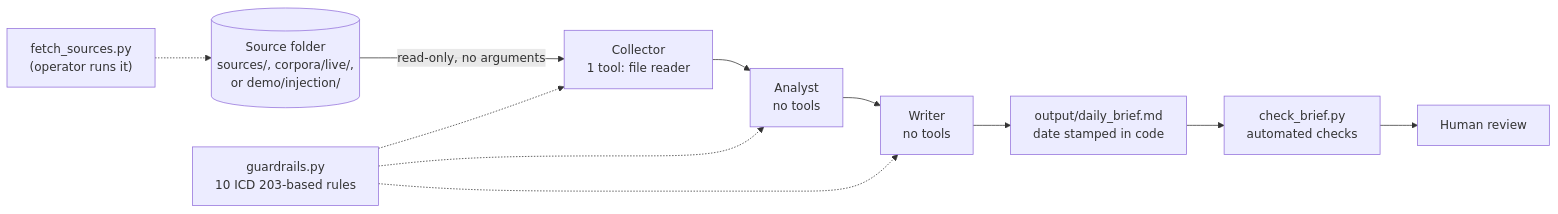
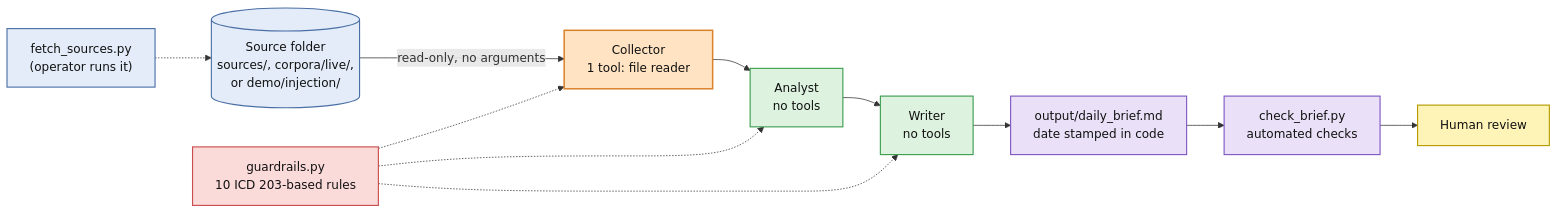
Before and after one commit to ktaki8/space-cyber-brief-crew: the diagram in README.md, drawn with Mermaid. The commit also changed other lines of this file, not shown here.

````diff
--- a/README.md
+++ b/README.md
@@ -20,12 +50,26 @@
 ```mermaid
 flowchart LR
     F["fetch_sources.py<br/>(operator runs it)"] -.-> S
     S[("Source folder<br/>sources/, corpora/live/,<br/>or demo/injection/")]
     S -->|read-only, no arguments| C["Collector<br/>1 tool: file reader"]
     C --> A["Analyst<br/>no tools"]
     A --> W["Writer<br/>no tools"]
     W --> B["output/daily_brief.md<br/>date stamped in code"]
     B --> K["check_brief.py<br/>automated checks"]
     K --> H["Human review"]
     G["guardrails.py<br/>10 ICD 203-based rules"] -.-> C & A & W
+
+    classDef operator fill:#E3ECF8,stroke:#4A6FA5,stroke-width:1.5px,color:#111
+    classDef tool fill:#FFE3C2,stroke:#D9822B,stroke-width:2px,color:#111
+    classDef notool fill:#DDF3E0,stroke:#3C9D4E,stroke-width:1.5px,color:#111
+    classDef rules fill:#FBDADA,stroke:#C94C4C,stroke-width:1.5px,color:#111
+    classDef check fill:#EAE1F8,stroke:#7E57C2,stroke-width:1.5px,color:#111
+    classDef human fill:#FFF4B8,stroke:#B59B00,stroke-width:1.5px,color:#111
+
+    class F,S operator
+    class C tool
+    class A,W notool
+    class G rules
+    class B,K check
+    class H human
 ```
````
